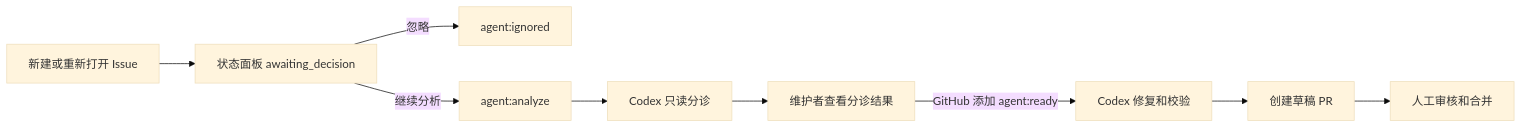
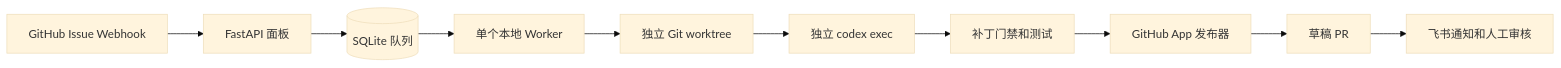
The diagram in automation/viking-forge/docs/design.md (wlff123/OpenViking), drawn with Mermaid (base theme) before and after one commit. The commit also changed other lines of this file and 12 other files, not shown here.

````diff
--- a/automation/viking-forge/docs/design.md
+++ b/automation/viking-forge/docs/design.md
@@ -9,11 +9,12 @@
 ```mermaid
 flowchart LR
-    A["新建或重新打开 Issue"] --> B["状态面板 awaiting_decision"]
-    B -->|"忽略"| C["agent:ignored"]
-    B -->|"继续分析"| D["agent:analyze"]
-    D --> E["Codex 只读分诊"]
-    E --> F["维护者查看分诊结果"]
-    F -->|"GitHub 添加 agent:ready"| G["Codex 修复和校验"]
-    G --> H["创建草稿 PR"]
-    H --> I["人工审核和合并"]
+    A[GitHub Issue Webhook] --> B[FastAPI 面板]
+    B --> C[(SQLite 队列)]
+    C --> D[单个本地 Worker]
+    D --> E[独立 Git worktree]
+    E --> F[独立 codex exec]
+    F --> G[补丁门禁和测试]
+    G --> H[GitHub App 发布器]
+    H --> I[草稿 PR]
+    I --> J[飞书通知和人工审核]
 ```
````
